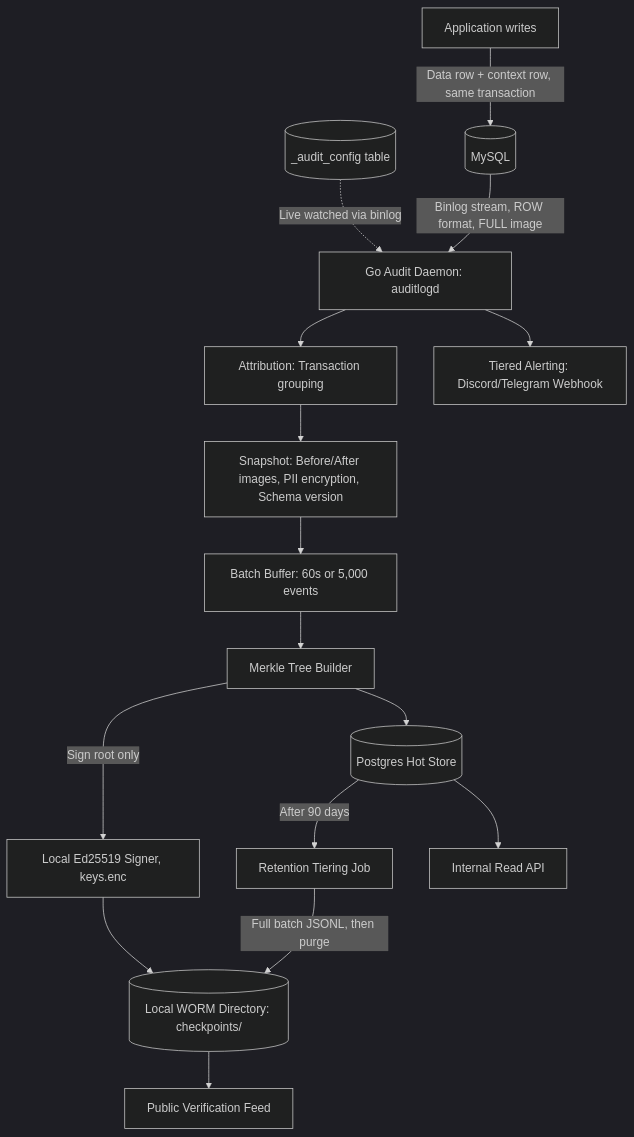
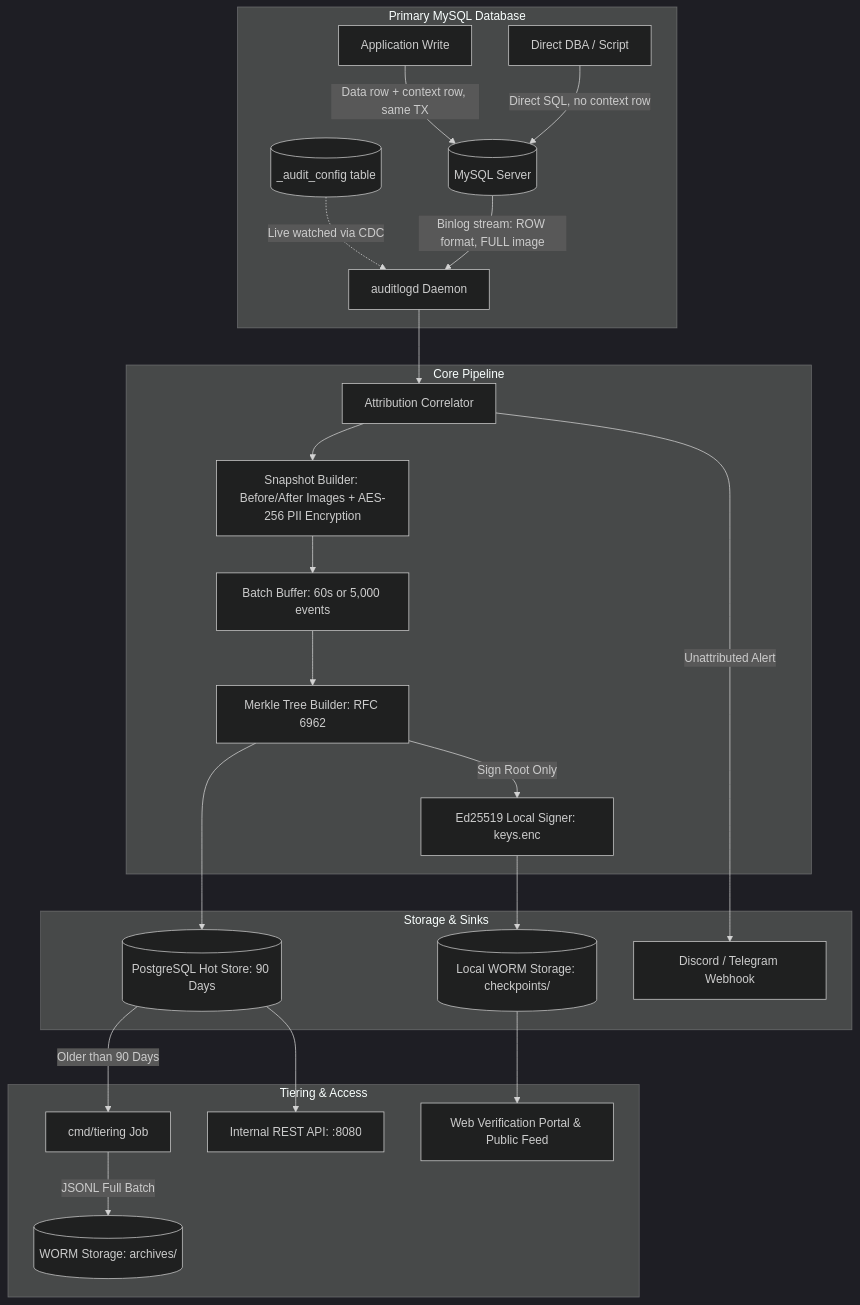
One commit to 9CASC0/logs-tracker changed the diagram in README.md. Above: the diagram before and after it, drawn with Mermaid (dark theme). The commit also changed other lines of this file and 4 other files, not shown here.

Commit message:
docs: enrich README with visual architecture diagrams, real-world dispute walkthroughs, and benchmarks

````diff
--- a/README.md
+++ b/README.md
@@ -29,18 +72,31 @@
 ```mermaid
 flowchart TD
-    App[Application writes] -->|Data row + context row, same transaction| MySQL[(MySQL)]
-    Config[(_audit_config table)] -.->|Live watched via binlog| Daemon
-    MySQL -->|Binlog stream, ROW format, FULL image| Daemon[Go Audit Daemon: auditlogd]
-    Daemon --> Attribution[Attribution: Transaction grouping]
-    Attribution --> Snapshot[Snapshot: Before/After images, PII encryption, Schema version]
-    Snapshot --> Batch[Batch Buffer: 60s or 5,000 events]
-    Batch --> Merkle[Merkle Tree Builder]
-    Merkle -->|Sign root only| LocalSigner[Local Ed25519 Signer, keys.enc]
-    Merkle --> Postgres[(Postgres Hot Store)]
-    LocalSigner --> WORM[(Local WORM Directory: checkpoints/)]
-    Postgres -->|After 90 days| Tiering[Retention Tiering Job]
-    Tiering -->|Full batch JSONL, then purge| WORM
-    Postgres --> InternalAPI[Internal Read API]
-    WORM --> PublicVerify[Public Verification Feed]
-    Daemon --> Alerting[Tiered Alerting: Discord/Telegram Webhook]
+    subgraph Primary MySQL Database
+        App[Application Write] -->|Data row + context row, same TX| MySQL[(MySQL Server)]
+        DirectDBA[Direct DBA / Script] -->|Direct SQL, no context row| MySQL
+        Config[(_audit_config table)] -.->|Live watched via CDC| Daemon
+    end
+
+    MySQL -->|Binlog stream: ROW format, FULL image| Daemon[auditlogd Daemon]
+
+    subgraph Core Pipeline
+        Daemon --> Attribution[Attribution Correlator]
+        Attribution --> Snapshot[Snapshot Builder: Before/After Images + AES-256 PII Encryption]
+        Snapshot --> Batch[Batch Buffer: 60s or 5,000 events]
+        Batch --> Merkle[Merkle Tree Builder: RFC 6962]
+        Merkle -->|Sign Root Only| Signer[Ed25519 Local Signer: keys.enc]
+    end
+
+    subgraph Storage & Sinks
+        Merkle --> Postgres[(PostgreSQL Hot Store: 90 Days)]
+        Signer --> WORM[(Local WORM Storage: checkpoints/)]
+        Attribution -->|Unattributed Alert| AlertWebhook[Discord / Telegram Webhook]
+    end
+
+    subgraph Tiering & Access
+        Postgres -->|Older than 90 Days| TieringJob[cmd/tiering Job]
+        TieringJob -->|JSONL Full Batch| WORMArchive[(WORM Storage: archives/)]
+        Postgres --> API[Internal REST API: :8080]
+        WORM --> Portal[Web Verification Portal & Public Feed]
+    end
 ```
````
